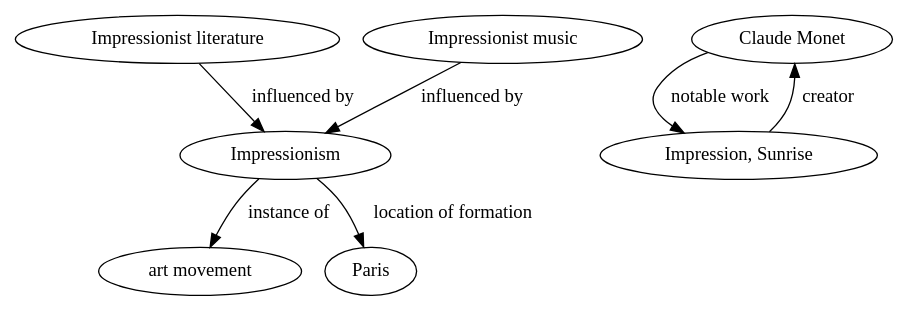
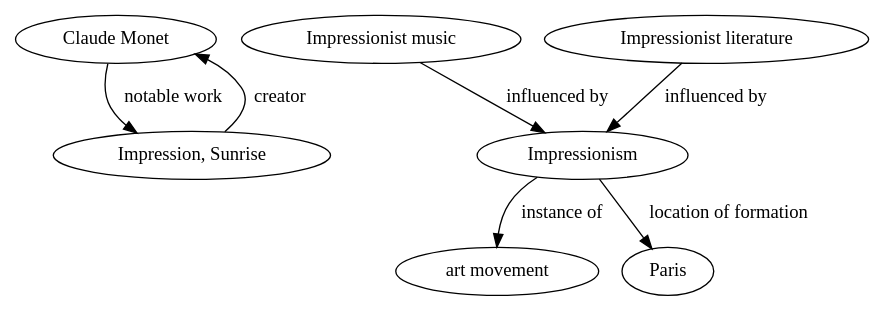
The diagram in param-search/graphs/rebel/sent/2/Impressionism.dot (N-Shimoda/KG-MCQA), drawn with Graphviz before and after one commit. The commit also changed other lines of this file and 42 other files, not shown here.

```diff
--- a/param-search/graphs/rebel/sent/2/Impressionism.dot
+++ b/param-search/graphs/rebel/sent/2/Impressionism.dot
@@ -1,18 +1,18 @@
 digraph RDFGraph {
 	// Nodes
-	"Impressionist literature";
 	"Claude Monet";
-	"Impression, Sunrise";
 	"Impressionist music";
 	"Impressionism";
+	"Impressionist literature";
+	"Impression, Sunrise";
 	"art movement";
 	"Paris";
 
 	// Edges
+	"Impressionism" -> "Paris" [label="location of formation"];
 	"Impressionism" -> "art movement" [label="instance of"];
-	"Impressionism" -> "Paris" [label="location of formation"];
 	"Impression, Sunrise" -> "Claude Monet" [label="creator"];
 	"Claude Monet" -> "Impression, Sunrise" [label="notable work"];
 	"Impressionist music" -> "Impressionism" [label="influenced by"];
 	"Impressionist literature" -> "Impressionism" [label="influenced by"];
 }
```
